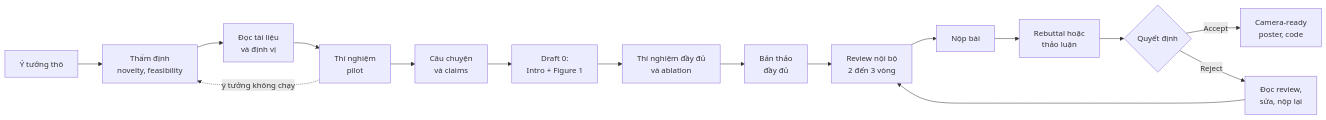
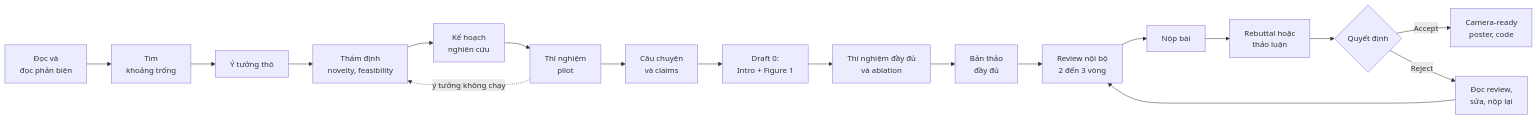
One commit to tuandung222/How-to-write-Astar-Paper changed the diagram in docs/index.md. Above: the diagram before and after it, drawn with Mermaid. The commit also changed other lines of this file and 93 other files, not shown here.

````diff
--- a/docs/index.md
+++ b/docs/index.md
@@ -112,18 +135,20 @@
 ```mermaid
 flowchart LR
-  A["Ý tưởng thô"] --> B["Thẩm định<br/>novelty, feasibility"]
-  B --> C["Đọc tài liệu<br/>và định vị"]
+  R["Đọc và<br/>đọc phản biện"] --> S["Tìm<br/>khoảng trống"]
+  S --> A["Ý tưởng thô"]
+  A --> B["Thẩm định<br/>novelty, feasibility"]
+  B --> C["Kế hoạch<br/>nghiên cứu"]
   C --> D["Thí nghiệm<br/>pilot"]
   D --> E["Câu chuyện<br/>và claims"]
   E --> F["Draft 0:<br/>Intro + Figure 1"]
   F --> G["Thí nghiệm đầy đủ<br/>và ablation"]
   G --> H["Bản thảo<br/>đầy đủ"]
   H --> I["Review nội bộ<br/>2 đến 3 vòng"]
   I --> J["Nộp bài"]
   J --> K["Rebuttal hoặc<br/>thảo luận"]
   K --> L{"Quyết định"}
   L -- "Accept" --> M["Camera-ready<br/>poster, code"]
   L -- "Reject" --> N["Đọc review,<br/>sửa, nộp lại"]
   N --> I
   D -. "ý tưởng không chạy" .-> B
 ```
````
